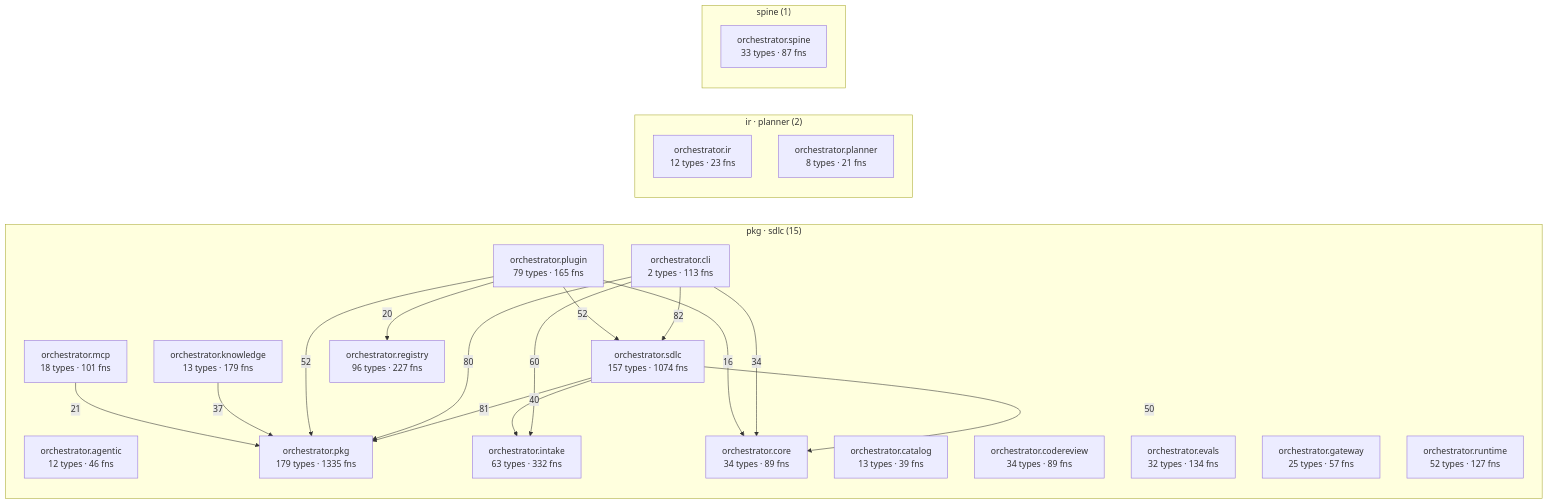
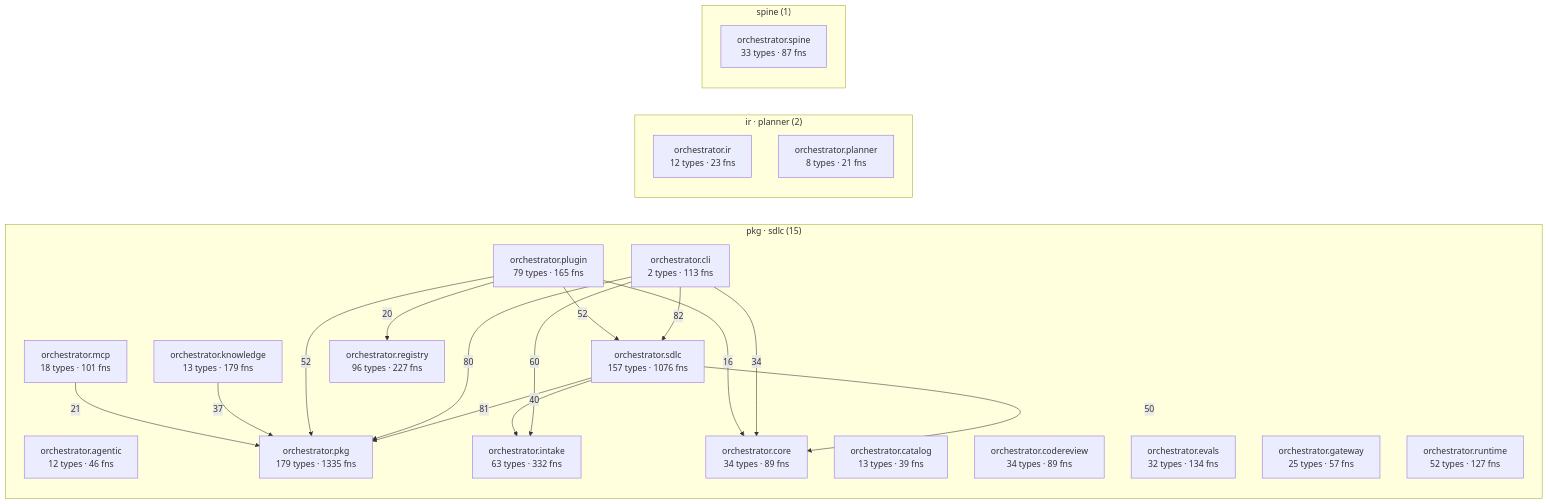
Before and after one commit to synaptixs/spine: the diagram in episteme/architecture.md, drawn with Mermaid. The commit also changed other lines of this file and 15 other files, not shown here.

````diff
--- a/episteme/architecture.md
+++ b/episteme/architecture.md
@@ -56,40 +56,40 @@
 ```mermaid
 flowchart LR
   subgraph c_2["pkg · sdlc (15)"]
     aorchestratoragentic["orchestrator.agentic<br/>12 types · 46 fns"]
     aorchestratorcatalog["orchestrator.catalog<br/>13 types · 39 fns"]
     aorchestratorcli["orchestrator.cli<br/>2 types · 113 fns"]
     aorchestratorcodereview["orchestrator.codereview<br/>34 types · 89 fns"]
     aorchestratorcore["orchestrator.core<br/>34 types · 89 fns"]
     aorchestratorevals["orchestrator.evals<br/>32 types · 134 fns"]
     aorchestratorgateway["orchestrator.gateway<br/>25 types · 57 fns"]
     aorchestratorintake["orchestrator.intake<br/>63 types · 332 fns"]
     aorchestratorknowledge["orchestrator.knowledge<br/>13 types · 179 fns"]
     aorchestratormcp["orchestrator.mcp<br/>18 types · 101 fns"]
     aorchestratorpkg["orchestrator.pkg<br/>179 types · 1335 fns"]
     aorchestratorplugin["orchestrator.plugin<br/>79 types · 165 fns"]
     aorchestratorregistry["orchestrator.registry<br/>96 types · 227 fns"]
     aorchestratorruntime["orchestrator.runtime<br/>52 types · 127 fns"]
-    aorchestratorsdlc["orchestrator.sdlc<br/>157 types · 1074 fns"]
+    aorchestratorsdlc["orchestrator.sdlc<br/>157 types · 1076 fns"]
   end
   subgraph c_5["ir · planner (2)"]
     aorchestratorir["orchestrator.ir<br/>12 types · 23 fns"]
     aorchestratorplanner["orchestrator.planner<br/>8 types · 21 fns"]
   end
   subgraph c_10["spine (1)"]
     aorchestratorspine["orchestrator.spine<br/>33 types · 87 fns"]
   end
   aorchestratorcli -->|82| aorchestratorsdlc
   aorchestratorsdlc -->|81| aorchestratorpkg
   aorchestratorcli -->|80| aorchestratorpkg
   aorchestratorcli -->|60| aorchestratorintake
   aorchestratorplugin -->|52| aorchestratorpkg
   aorchestratorplugin -->|52| aorchestratorsdlc
   aorchestratorsdlc -->|50| aorchestratorcore
   aorchestratorsdlc -->|40| aorchestratorintake
   aorchestratorknowledge -->|37| aorchestratorpkg
   aorchestratorcli -->|34| aorchestratorcore
   aorchestratormcp -->|21| aorchestratorpkg
   aorchestratorplugin -->|20| aorchestratorregistry
   aorchestratorplugin -->|16| aorchestratorcore
 ```
````
